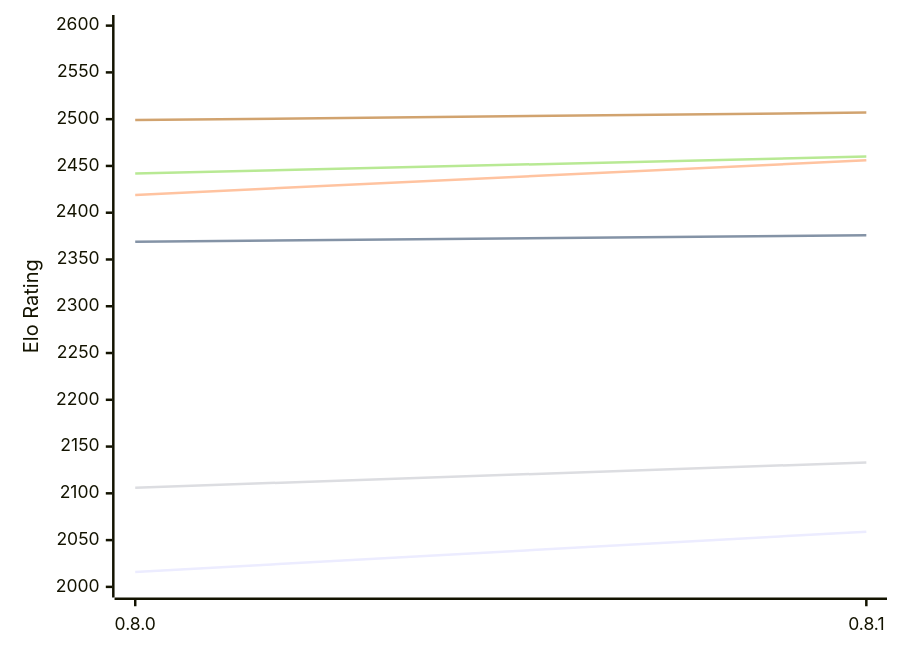
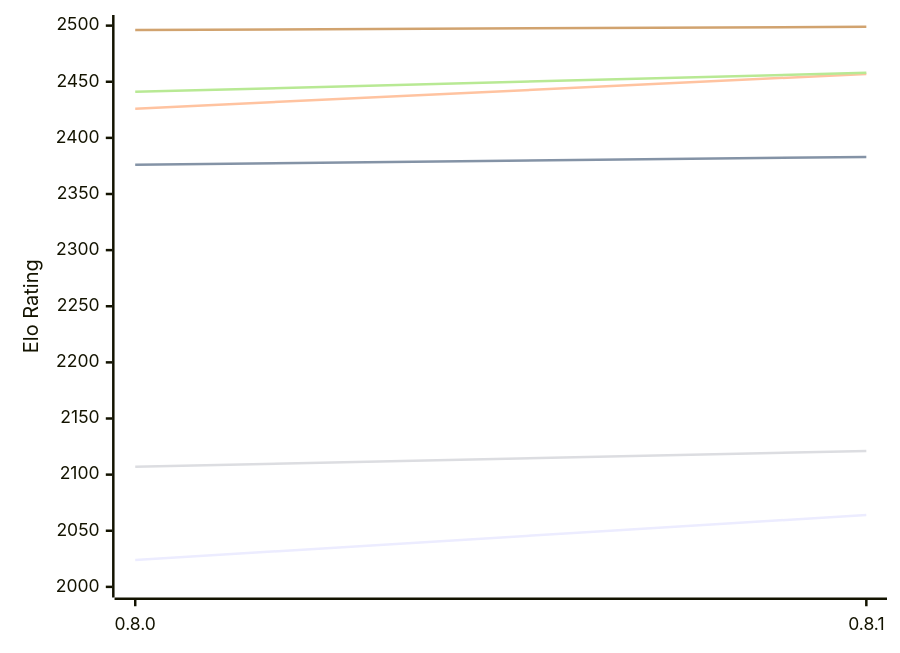
The diagram in engines/LittleWing.md (computer-chess-index/cci), drawn with Mermaid before and after one commit. The commit also changed other lines of this file, not shown here.

Commit message:
Update CCI Ratings (ELO VLTC) - 2026-11-07

````diff
--- a/engines/LittleWing.md
+++ b/engines/LittleWing.md
@@ -49,12 +49,12 @@
 ```mermaid
 %%{init: {"theme":"base","themeVariables":{"seriesColors:['#a3a3a3','#222221','#faa371']}}}%%
 xychart-beta
   x-axis ["0.8.0", "0.8.1"]
-  y-axis "Elo Rating" 2000 --> 2600
-  line "E1: STC (8.0+0.08s)" [2016, 2059]
-  line "E1: LTC (60.0+0.60s)" [2369, 2376]
-  line "E1: VLTC (2m24s+1.12s)" [2419, 2456]
-  line "P1: STC (8.0+0.08s)" [2106, 2133]
-  line "P1: LTC (60.0+0.60s)" [2442, 2460]
-  line "P1: VLTC (2m24s+1.12s)" [2499, 2507]
+  y-axis "Elo Rating" 2000 --> 2500
+  line "E1: STC (8.0+0.08s)" [2024, 2064]
+  line "E1: LTC (60.0+0.60s)" [2376, 2383]
+  line "E1: VLTC (2m24s+1.12s)" [2426, 2457]
+  line "P1: STC (8.0+0.08s)" [2107, 2121]
+  line "P1: LTC (60.0+0.60s)" [2441, 2458]
+  line "P1: VLTC (2m24s+1.12s)" [2496, 2499]
 ```
````
